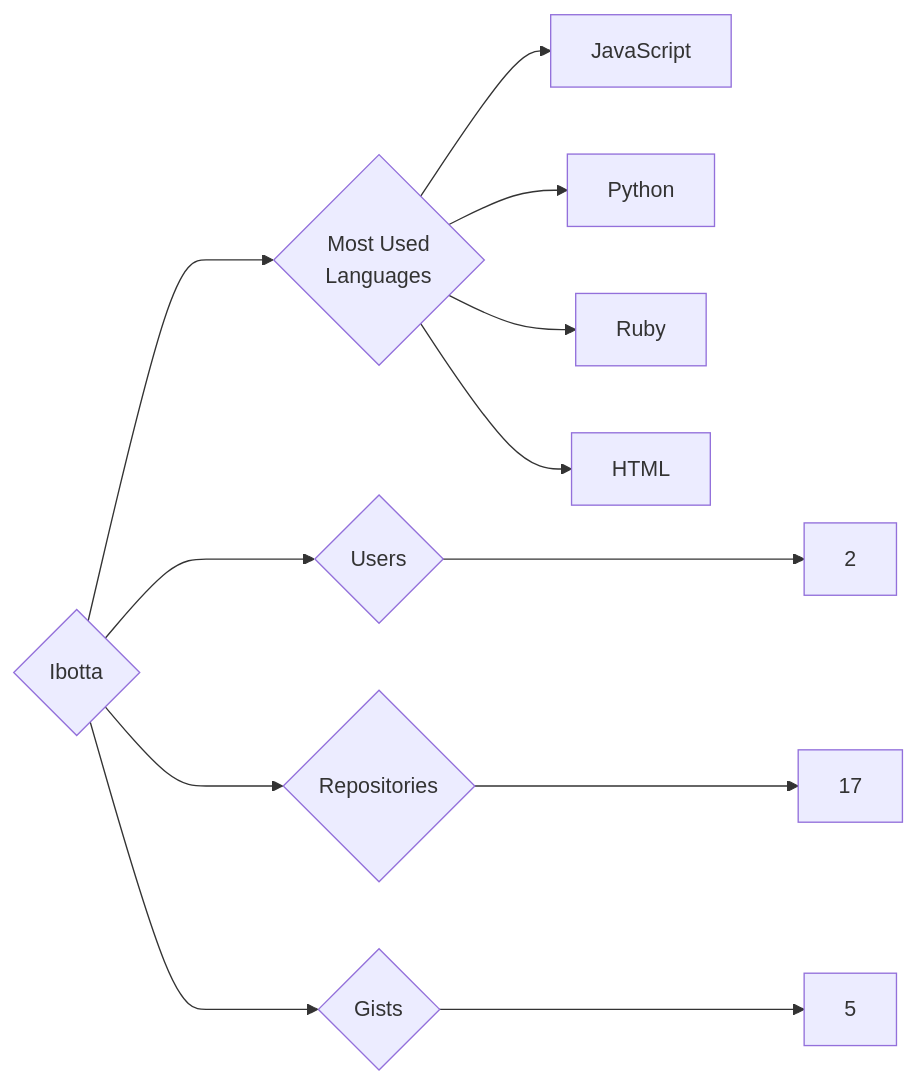
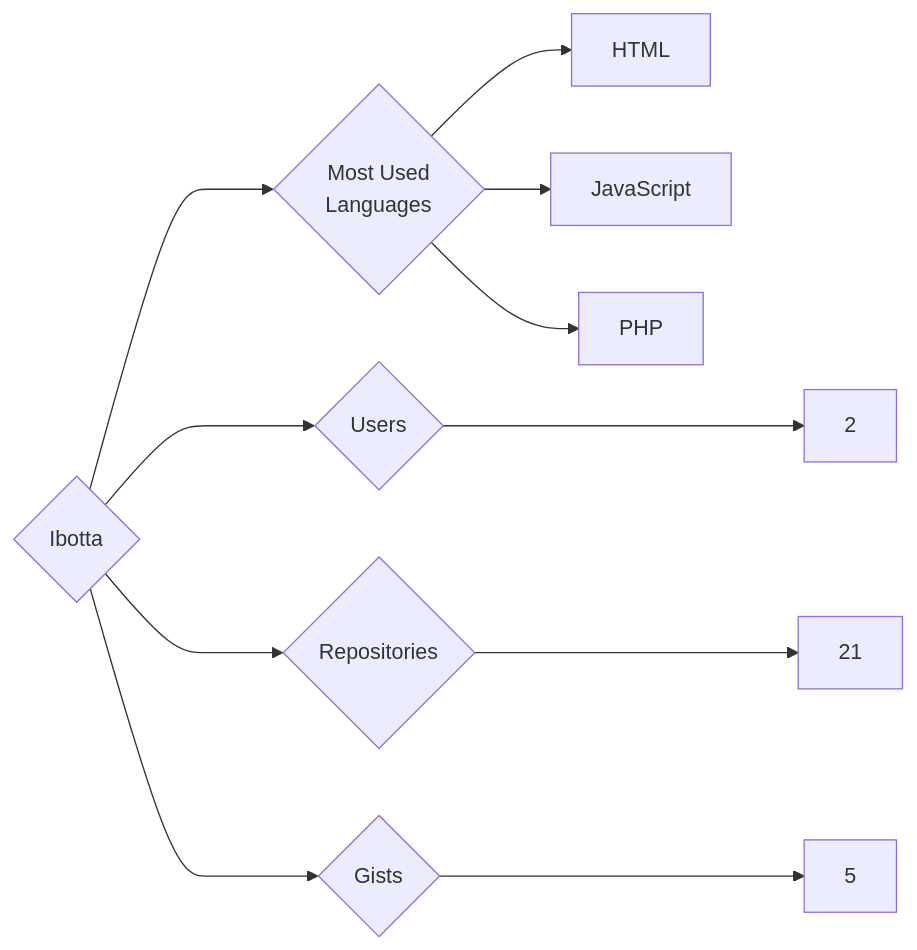
Before and after one commit to trickest/insiders: the diagram in targets/Ibotta/README.md, drawn with Mermaid. The commit also changed 1212 other files, not shown here.

````diff
--- a/targets/Ibotta/README.md
+++ b/targets/Ibotta/README.md
@@ -3,12 +3,11 @@
 ```mermaid
 graph LR
 COMPANY_NAME{Ibotta}
 COMPANY_NAME ---> U{Users} ---> UN[2]
-COMPANY_NAME ---> R{Repositories} ---> RN[17]
+COMPANY_NAME ---> R{Repositories} ---> RN[21]
 COMPANY_NAME ---> G{Gists} ---> GN[5]
 COMPANY_NAME ---> ML{Most Used<br>Languages}
+ML --> HTML[HTML]
 ML --> JavaScript[JavaScript]
-ML --> Python[Python]
-ML --> Ruby[Ruby]
-ML --> HTML[HTML]
+ML --> PHP[PHP]
 ```
````
